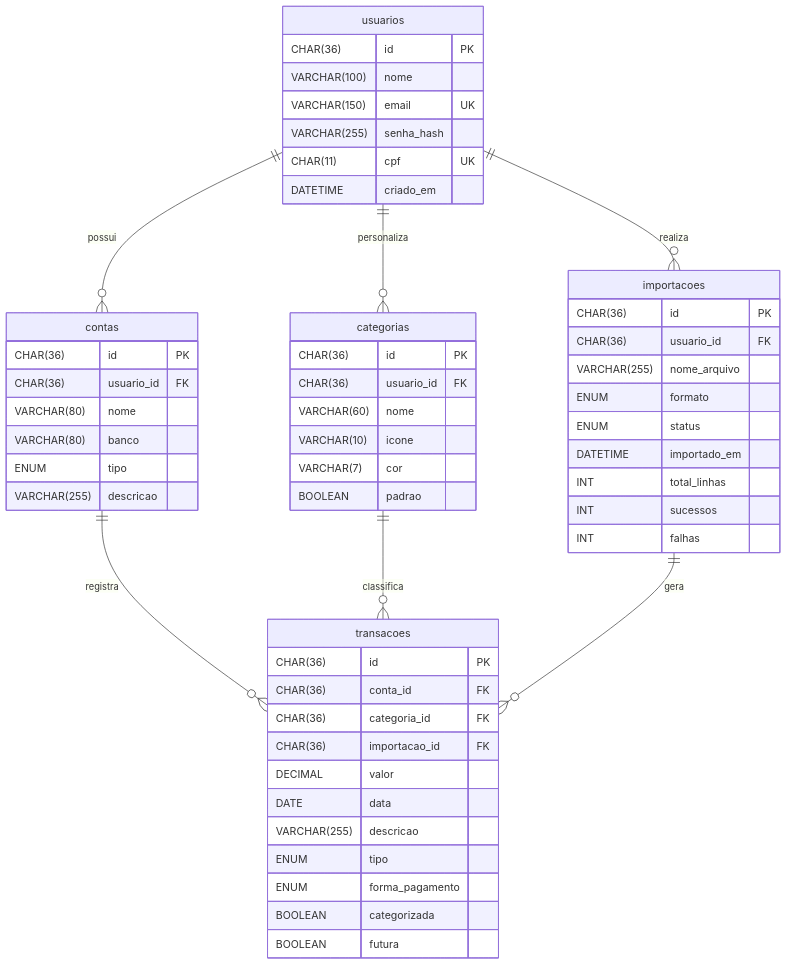
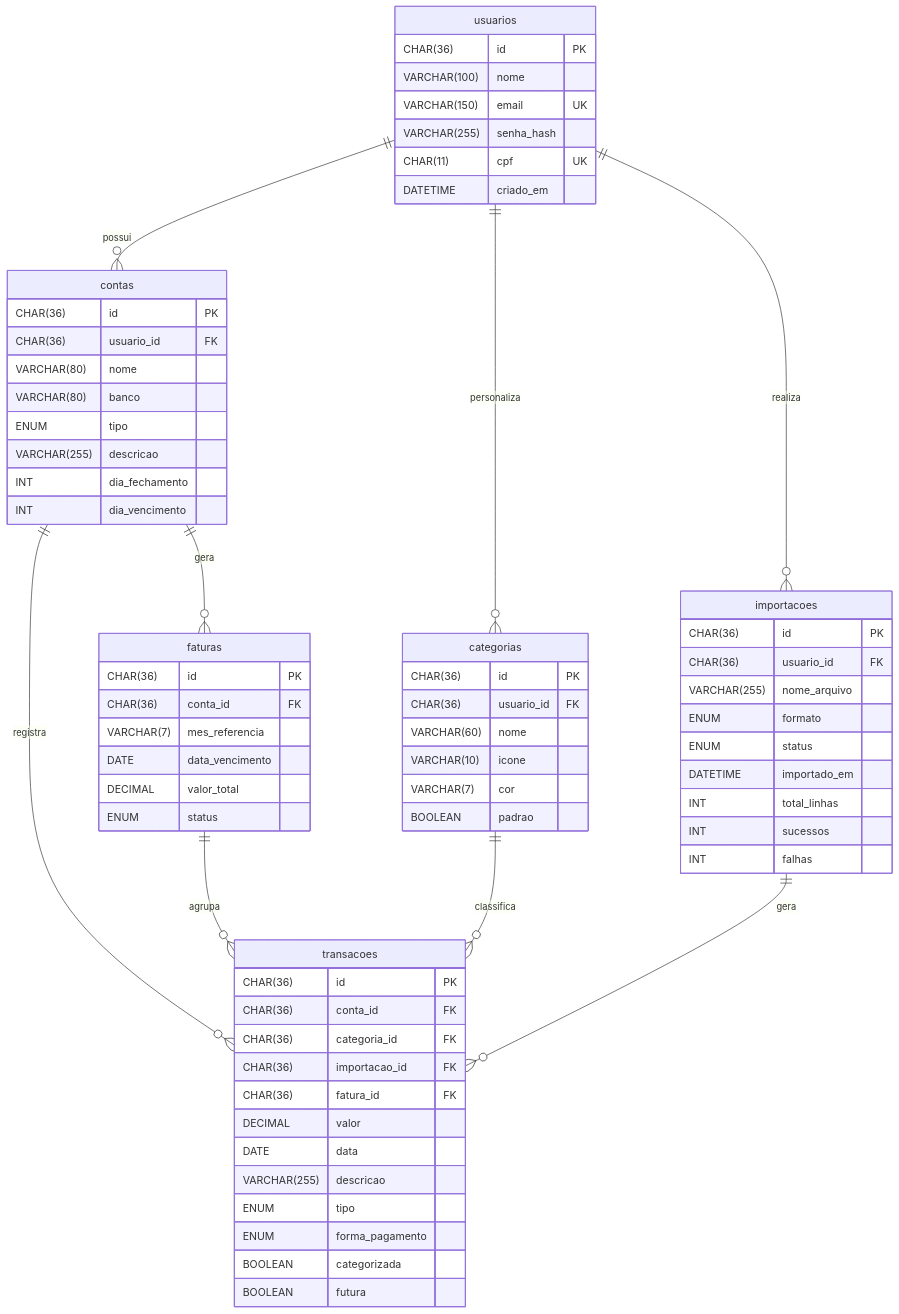
One commit to IFSC-ES2/projeto-app_financeiro changed the diagram in docs/diagramaERD.md. Above: the diagram before and after it, drawn with Mermaid.

Commit message:
docs: Alterando o diagrama ERD devido a entidadfatura

````diff
--- a/docs/diagramaERD.md
+++ b/docs/diagramaERD.md
@@ -1,63 +1,76 @@
 ```mermaid
 erDiagram
- 
-  usuarios {
-    CHAR(36)     id              PK
-    VARCHAR(100) nome
-    VARCHAR(150) email           UK
-    VARCHAR(255) senha_hash
-    CHAR(11)     cpf             UK
-    DATETIME     criado_em
-  }
- 
-  contas {
-    CHAR(36)     id              PK
-    CHAR(36)     usuario_id      FK
-    VARCHAR(80)  nome
-    VARCHAR(80)  banco
-    ENUM         tipo
-    VARCHAR(255) descricao
-  }
- 
-  categorias {
-    CHAR(36)    id              PK
-    CHAR(36)    usuario_id      FK
-    VARCHAR(60) nome
-    VARCHAR(10) icone
-    VARCHAR(7)  cor
-    BOOLEAN     padrao
-  }
- 
-  transacoes {
-    CHAR(36)     id              PK
-    CHAR(36)     conta_id        FK
-    CHAR(36)     categoria_id    FK
-    CHAR(36)     importacao_id   FK
-    DECIMAL      valor
-    DATE         data
-    VARCHAR(255) descricao
-    ENUM         tipo
-    ENUM         forma_pagamento
-    BOOLEAN      categorizada
-    BOOLEAN      futura
-  }
- 
-  importacoes {
-    CHAR(36)     id              PK
-    CHAR(36)     usuario_id      FK
-    VARCHAR(255) nome_arquivo
-    ENUM         formato
-    ENUM         status
-    DATETIME     importado_em
-    INT          total_linhas
-    INT          sucessos
-    INT          falhas
-  }
- 
-  usuarios    ||--o{ contas       : "possui"
-  usuarios    ||--o{ categorias   : "personaliza"
-  usuarios    ||--o{ importacoes  : "realiza"
-  contas      ||--o{ transacoes   : "registra"
-  categorias  ||--o{ transacoes   : "classifica"
-  importacoes ||--o{ transacoes   : "gera"
+    usuarios {
+        CHAR(36) id PK
+        VARCHAR(100) nome
+        VARCHAR(150) email UK
+        VARCHAR(255) senha_hash
+        CHAR(11) cpf UK
+        DATETIME criado_em
+    }
+
+    contas {
+        CHAR(36) id PK
+        CHAR(36) usuario_id FK
+        VARCHAR(80) nome
+        VARCHAR(80) banco
+        ENUM tipo
+        VARCHAR(255) descricao
+        INT dia_fechamento
+        INT dia_vencimento
+    }
+
+    faturas {
+        CHAR(36) id PK
+        CHAR(36) conta_id FK
+        VARCHAR(7) mes_referencia
+        DATE data_vencimento
+        DECIMAL valor_total
+        ENUM status
+    }
+
+    categorias {
+        CHAR(36) id PK
+        CHAR(36) usuario_id FK
+        VARCHAR(60) nome
+        VARCHAR(10) icone
+        VARCHAR(7) cor
+        BOOLEAN padrao
+    }
+
+    importacoes {
+        CHAR(36) id PK
+        CHAR(36) usuario_id FK
+        VARCHAR(255) nome_arquivo
+        ENUM formato
+        ENUM status
+        DATETIME importado_em
+        INT total_linhas
+        INT sucessos
+        INT falhas
+    }
+
+    transacoes {
+        CHAR(36) id PK
+        CHAR(36) conta_id FK
+        CHAR(36) categoria_id FK
+        CHAR(36) importacao_id FK
+        CHAR(36) fatura_id FK
+        DECIMAL valor
+        DATE data
+        VARCHAR(255) descricao
+        ENUM tipo
+        ENUM forma_pagamento
+        BOOLEAN categorizada
+        BOOLEAN futura
+    }
+
+    usuarios ||--o{ contas : "possui"
+    usuarios ||--o{ categorias : "personaliza"
+    usuarios ||--o{ importacoes : "realiza"
+    contas ||--o{ faturas : "gera"
+    contas ||--o{ transacoes : "registra"
+    faturas ||--o{ transacoes : "agrupa"
+    categorias ||--o{ transacoes : "classifica"
+    importacoes ||--o{ transacoes : "gera"
 ```
````
